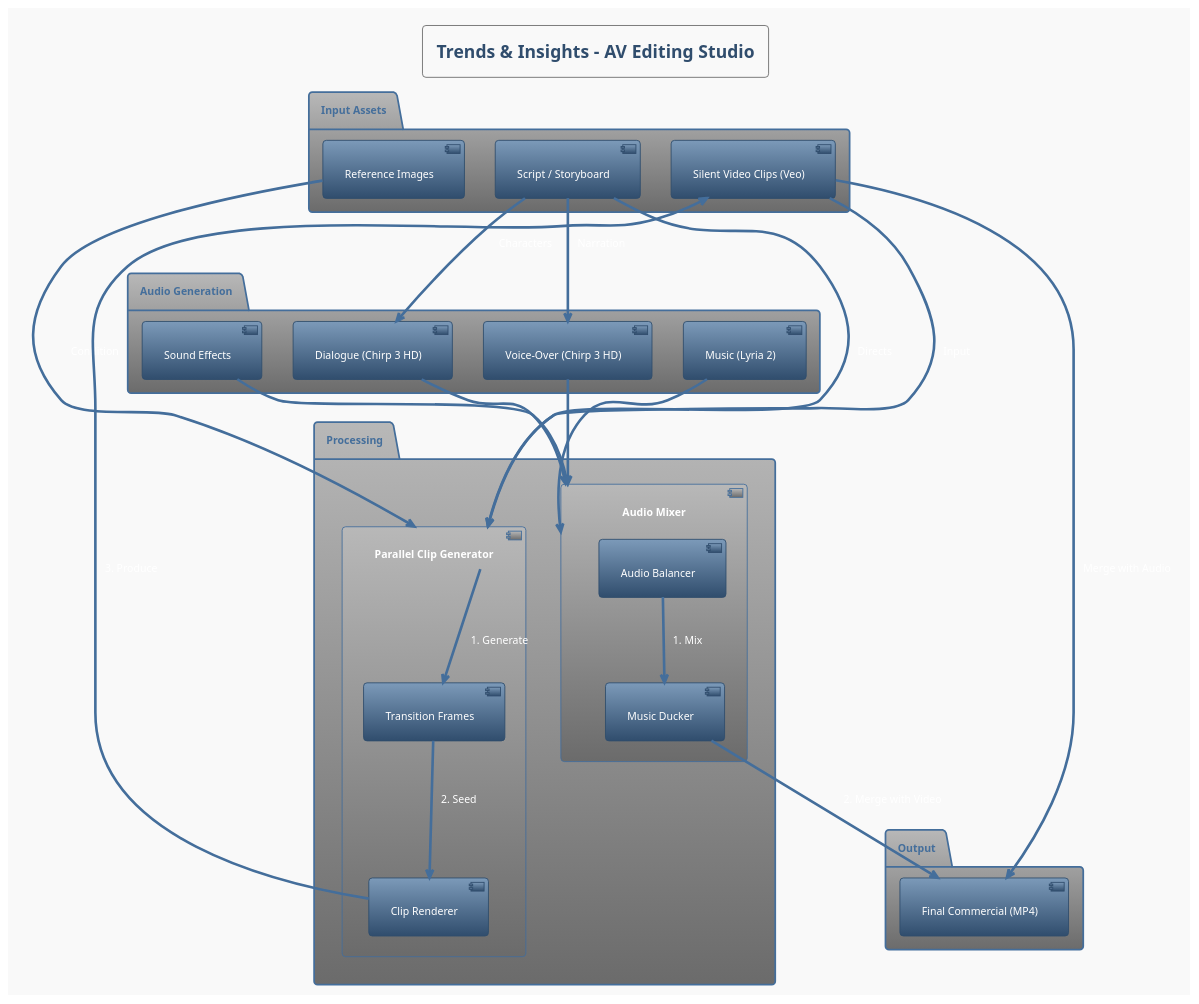
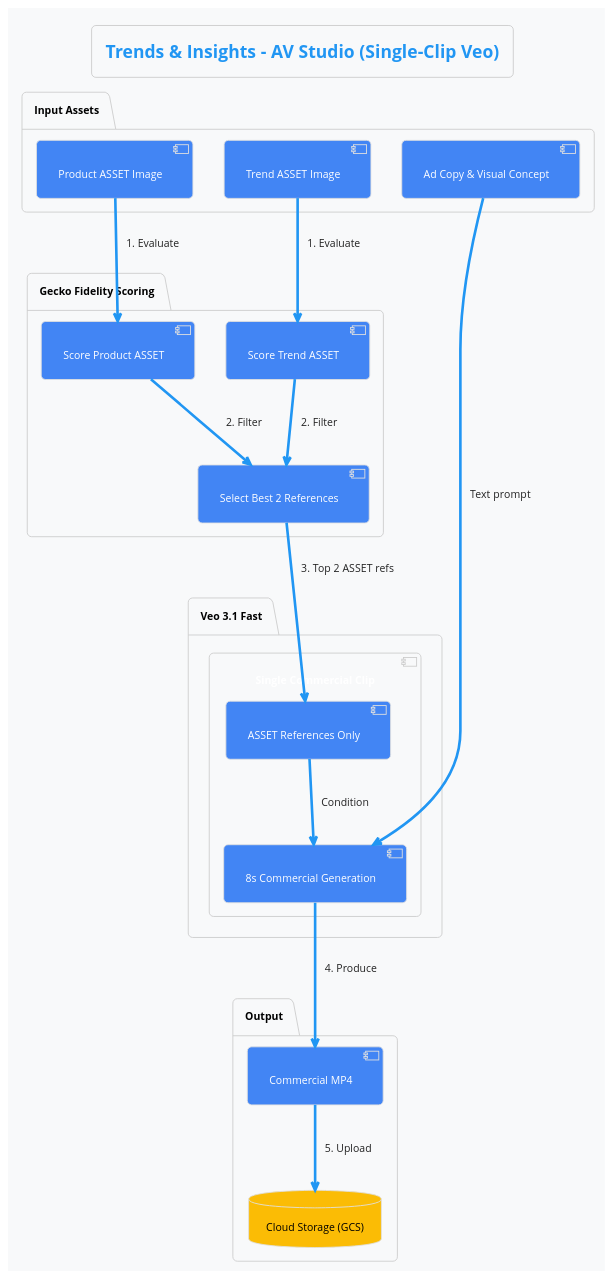
One commit to tottenjordan/zghost changed the diagram in docs/av_editing_studio.puml. Above: the diagram before and after it, drawn with PlantUML. The commit also changed 21 other files, not shown here.

First line of the commit message:
docs: update all PlantUML diagrams for flat 2-level architecture

```diff
--- a/docs/av_editing_studio.puml
+++ b/docs/av_editing_studio.puml
@@ -1,60 +1,142 @@
 @startuml
-!theme spacelab
-skinparam Handwritten false
-skinparam Monochrome false
-skinparam BackgroundColor #f9f9f9
+
+' GCP_BRANDING_APPLIED
+!theme materia
+skinparam backgroundColor #F8F9FA
+skinparam roundCorner 10
+skinparam defaultFontName "Open Sans"
+skinparam DefaultFontSize 12
 skinparam Padding 10
 
-title Trends & Insights - AV Editing Studio
+skinparam database {
+    BackgroundColor #FBBC05
+    BorderColor #E0E0E0
+    FontColor #000
+    Shadowing false
+}
+skinparam component {
+    BackgroundColor #4285F4
+    BorderColor #E0E0E0
+    FontColor #FFF
+    Shadowing false
+}
+skinparam rectangle {
+    BackgroundColor #EA4335
+    BorderColor #E0E0E0
+    FontColor #FFF
+    Shadowing false
+}
+skinparam note {
+    BackgroundColor #FFFFFF
+    BorderColor #E0E0E0
+    FontColor #000000
+    Shadowing false
+    BorderThickness 1
+}
+skinparam collections {
+    BackgroundColor #34A853
+    BorderColor #E0E0E0
+    FontColor #FFF
+    Shadowing false
+}
+skinparam state {
+    BackgroundColor #4285F4
+    BorderColor #E0E0E0
+    FontColor #FFF
+    Shadowing false
+}
+skinparam activity {
+    BackgroundColor #4285F4
+    BorderColor #E0E0E0
+    FontColor #FFF
+    Shadowing false
+}
+skinparam actor {
+    BackgroundColor #FFFFFF
+    BorderColor #4285F4
+    FontColor #000
+    Shadowing false
+    BorderThickness 2
+}
+skinparam usecase {
+    BackgroundColor #FBBC05
+    BorderColor #E0E0E0
+    FontColor #000
+    Shadowing false
+}
+skinparam cloud {
+    BackgroundColor #FFFFFF
+    BorderColor #E0E0E0
+    FontColor #000
+    Shadowing false
+}
+skinparam frame {
+    BackgroundColor #FFFFFF
+    BorderColor #E0E0E0
+    FontColor #000
+    Shadowing false
+}
+skinparam package {
+    BackgroundColor #F8F9FA
+    BorderColor #CCCCCC
+    FontColor #000
+    Shadowing false
+    BorderThickness 1
+}
+skinparam node {
+    BackgroundColor #EA4335
+    BorderColor #E0E0E0
+    FontColor #FFF
+    Shadowing false
+}
+skinparam queue {
+    BackgroundColor #34A853
+    BorderColor #E0E0E0
+    FontColor #FFF
+    Shadowing false
+}
+
+
+
+title Trends & Insights - AV Studio (Single-Clip Veo)
 
 package "Input Assets" {
-  [Script / Storyboard] as Script
-  [Silent Video Clips (Veo)] as Clips
-  [Reference Images] as Refs
+  [Product ASSET Image] as ProductAsset
+  [Trend ASSET Image] as TrendAsset
+  [Ad Copy & Visual Concept] as Concept
 }
 
-package "Audio Generation" {
-  [Voice-Over (Chirp 3 HD)] as VO
-  [Dialogue (Chirp 3 HD)] as Dialogue
-  [Music (Lyria 2)] as Music
-  [Sound Effects] as SFX
+package "Gecko Fidelity Scoring" {
+  [Score Product ASSET] as ScoreProd
+  [Score Trend ASSET] as ScoreTrend
+  [Select Best 2 References] as Select
 }
 
-package "Processing" {
-  component "Parallel Clip Generator" as Generator {
-    [Transition Frames] as Trans
-    [Clip Renderer] as Renderer
-  }
-  component "Audio Mixer" as Mixer {
-    [Audio Balancer] as Balancer
-    [Music Ducker] as Ducker
+package "Veo 3.1 Fast" {
+  component "Single Commercial Clip" as Veo {
+    [8s Commercial Generation] as Gen
+    [ASSET References Only] as Refs
   }
 }
 
 package "Output" {
-  [Final Commercial (MP4)] as Final
+  [Commercial MP4] as Final
+  database "Cloud Storage (GCS)" as GCS
 }
 
 ' Relationships
-Script --> Generator : Directs
-Refs --> Generator : Condition
-Clips --> Generator : Input
+ProductAsset --> ScoreProd : 1. Evaluate
+TrendAsset --> ScoreTrend : 1. Evaluate
 
-Generator --> Trans : 1. Generate
-Trans --> Renderer : 2. Seed
-Renderer --> Clips : 3. Produce
+ScoreProd --> Select : 2. Filter
+ScoreTrend --> Select : 2. Filter
 
-Script --> VO : Narration
-Script --> Dialogue : Characters
+Select --> Refs : 3. Top 2 ASSET refs
+Concept --> Gen : Text prompt
 
-VO --> Mixer
-Dialogue --> Mixer
-Music --> Mixer
-SFX --> Mixer
+Refs --> Gen : Condition
+Gen --> Final : 4. Produce
 
-Balancer --> Ducker : 1. Mix
-Ducker --> Final : 2. Merge with Video
-
-Clips --> Final : Merge with Audio
+Final --> GCS : 5. Upload
 
 @endum
```
